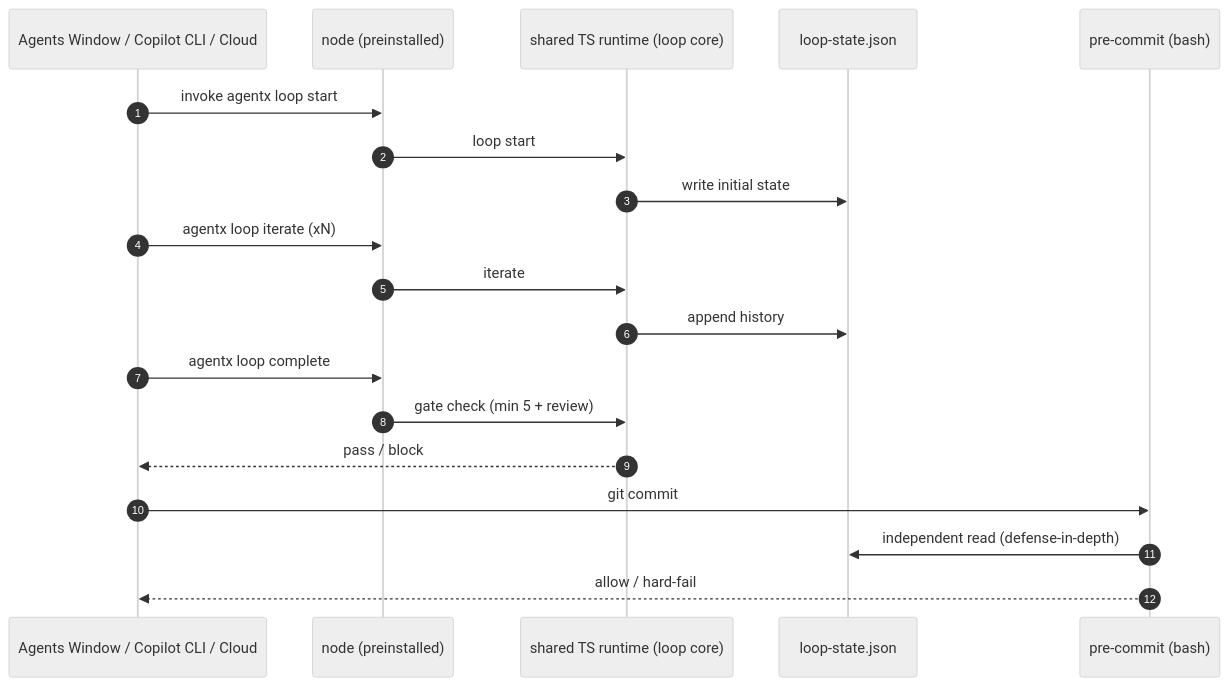
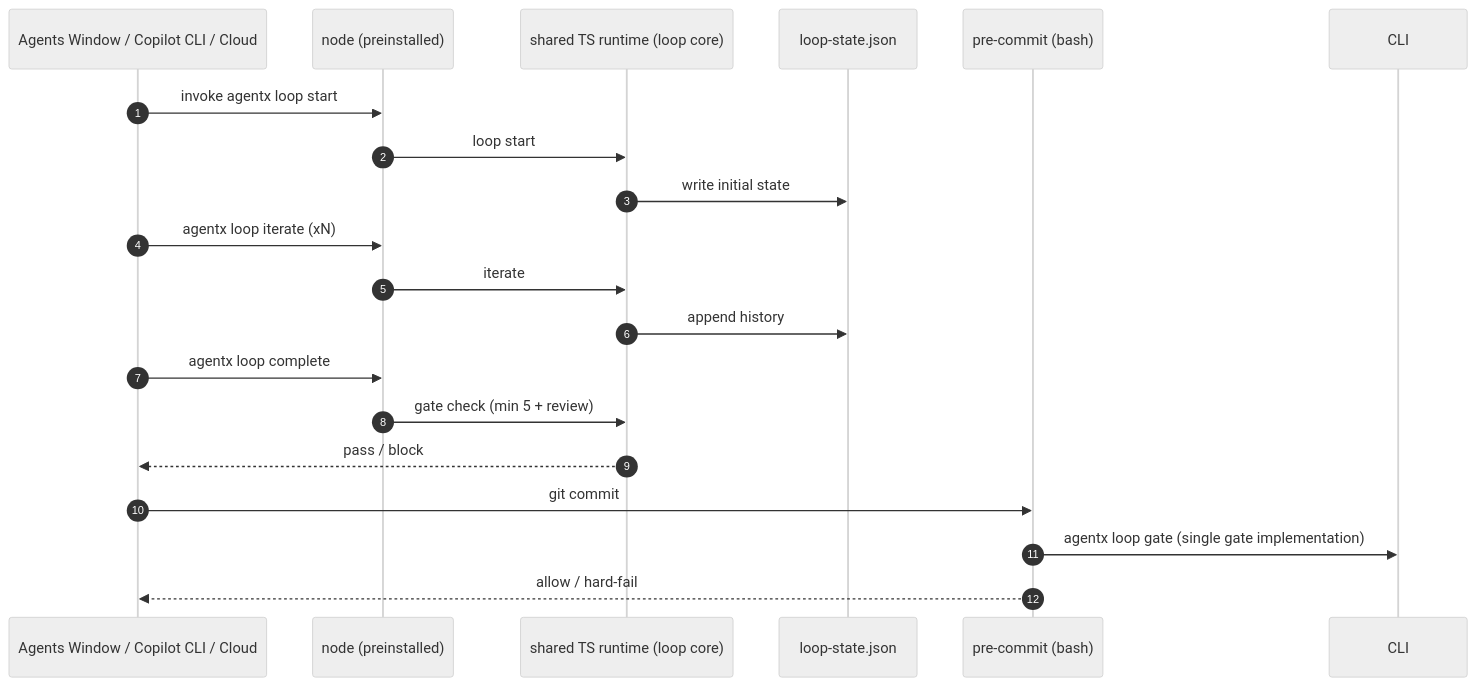
The second of 2 diagrams in docs/artifacts/specs/SPEC-401.md (jnPiyush/AgentX), drawn with Mermaid (neutral theme) before and after one commit. The commit also changed other lines of this file and 41 other files, not shown here.

````diff
--- a/docs/artifacts/specs/SPEC-401.md
+++ b/docs/artifacts/specs/SPEC-401.md
@@ -180,21 +182,21 @@
 ```mermaid
 sequenceDiagram
     autonumber
     participant Surface as Agents Window / Copilot CLI / Cloud
     participant Node as node (preinstalled)
     participant Core as shared TS runtime (loop core)
     participant State as loop-state.json
     participant Hook as pre-commit (bash)
     Surface->>Node: invoke agentx loop start
     Node->>Core: loop start
     Core->>State: write initial state
     Surface->>Node: agentx loop iterate (xN)
     Node->>Core: iterate
     Core->>State: append history
     Surface->>Node: agentx loop complete
     Node->>Core: gate check (min 5 + review)
     Core-->>Surface: pass / block
     Surface->>Hook: git commit
-    Hook->>State: independent read (defense-in-depth)
+    Hook->>CLI: agentx loop gate (single gate implementation)
     Hook-->>Surface: allow / hard-fail
 ```
````
